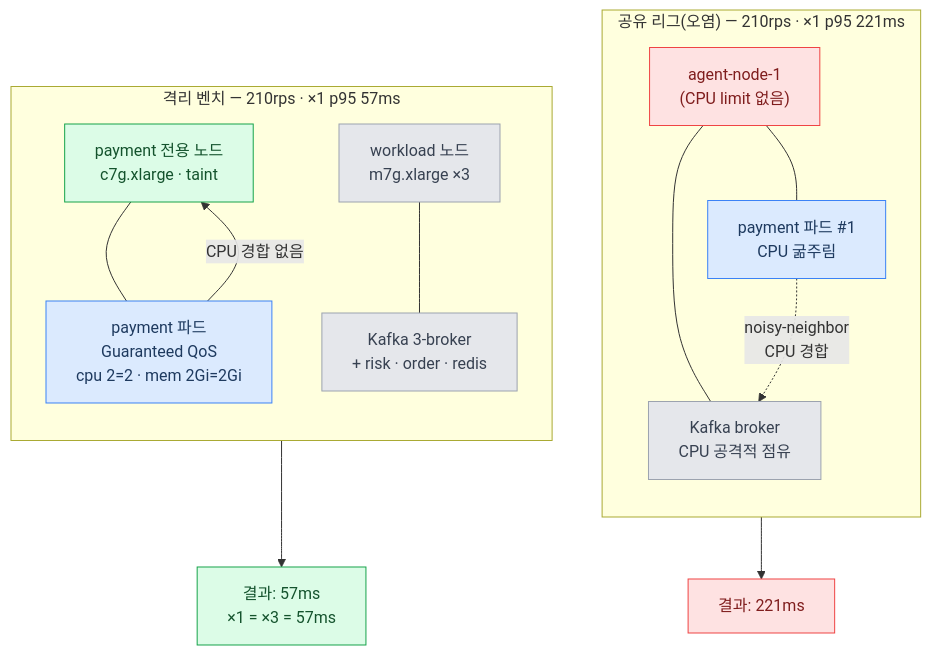
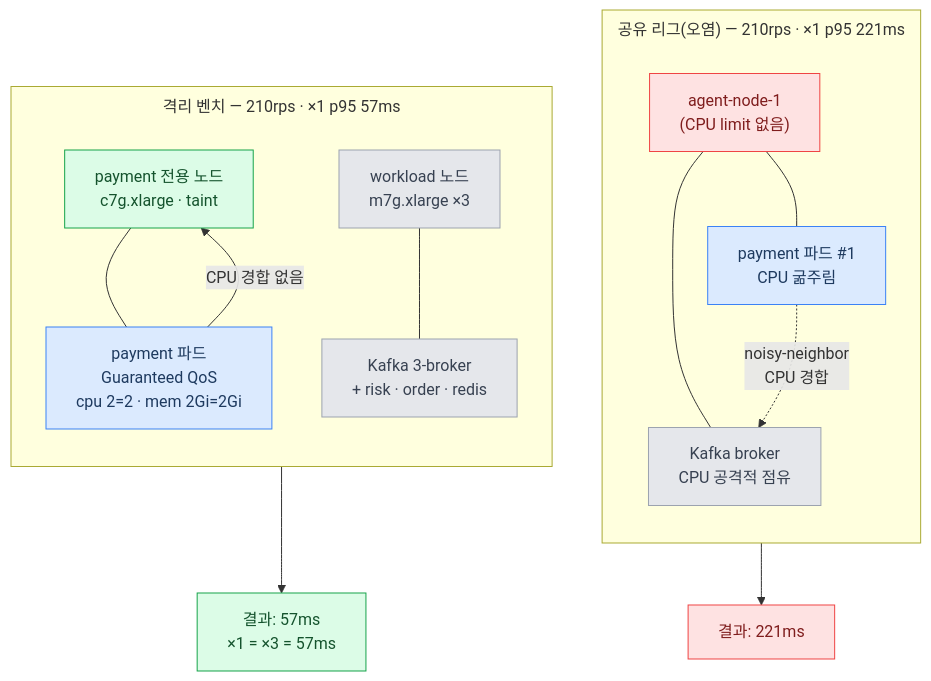
The diagram in content/posts/Scale/05.replica가 천장을 올린 줄 알았다.md (lsc713/quarSync), drawn with Mermaid before and after one commit. The commit also changed 2 other files, not shown here.

Commit message:
Update blog: 2026-07-13 20:02

````diff
--- a/content/posts/Scale/05.replica가 천장을 올린 줄 알았다.md
+++ b/content/posts/Scale/05.replica가 천장을 올린 줄 알았다.md
@@ -80,34 +80,35 @@
 ```mermaid
+%%{init: {"flowchart": {"subGraphTitleMargin": {"top": 8, "bottom": 18}}}}%%
 graph TB
   classDef pay fill:#dbeafe,stroke:#3b82f6,color:#1e3a5f
   classDef infra fill:#e5e7eb,stroke:#9ca3af,color:#374151
   classDef warn fill:#fee2e2,stroke:#ef4444,color:#7f1d1d
   classDef ok fill:#dcfce7,stroke:#16a34a,color:#14532d
 
   subgraph shared["공유 리그(오염) — 210rps · ×1 p95 221ms"]
     direction TB
     A1["agent-node-1<br/>(CPU limit 없음)"]:::warn
     P1["payment 파드 #1<br/>CPU 굶주림"]:::pay
     K1["Kafka broker<br/>CPU 공격적 점유"]:::infra
     A1 --- P1
     A1 --- K1
     P1 -. "noisy-neighbor<br/>CPU 경합" .-> K1
   end
 
   subgraph isolated["격리 벤치 — 210rps · ×1 p95 57ms"]
     direction TB
     B1["payment 전용 노드<br/>c7g.xlarge · taint"]:::ok
     P2["payment 파드<br/>Guaranteed QoS<br/>cpu 2=2 · mem 2Gi=2Gi"]:::pay
     B2["workload 노드<br/>m7g.xlarge ×3"]:::infra
     K2["Kafka 3-broker<br/>+ risk · order · redis"]:::infra
     B1 --- P2
     B2 --- K2
     P2 -- "CPU 경합 없음" --> B1
   end
 
   R1["결과: 221ms"]:::warn
   R2["결과: 57ms<br/>×1 = ×3 = 57ms"]:::ok
 
   shared --> R1
   isolated --> R2
 ```
````
